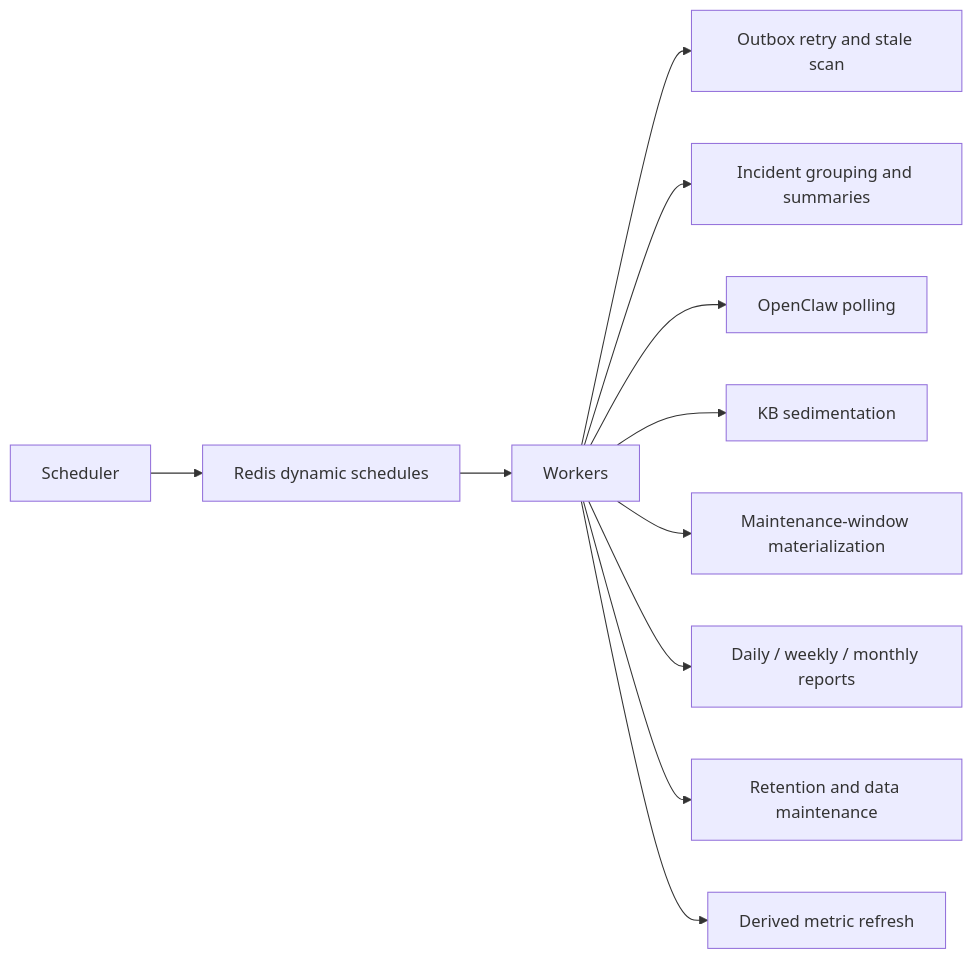
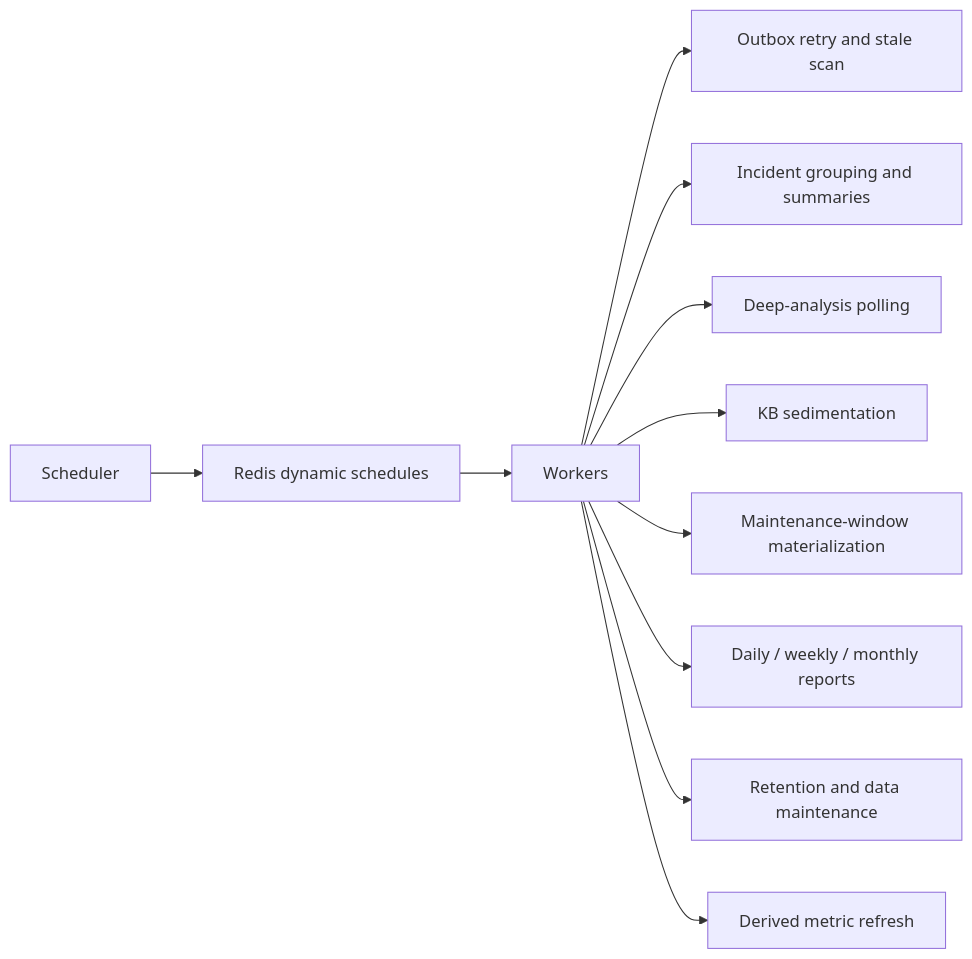
Before and after one commit to itswl/WebhookWise: the fifth of 6 diagrams in docs/architecture/system-overview.md, drawn with Mermaid. The commit also changed other lines of this file and 87 other files, not shown here.

````diff
--- a/docs/architecture/system-overview.md
+++ b/docs/architecture/system-overview.md
@@ -190,16 +190,16 @@
 ```mermaid
 flowchart LR
     scheduler["Scheduler"]
     redis["Redis dynamic schedules"]
     workers["Workers"]
 
     scheduler --> redis --> workers
     workers --> outbox["Outbox retry and stale scan"]
     workers --> grouping["Incident grouping and summaries"]
-    workers --> deep["OpenClaw polling"]
+    workers --> deep["Deep-analysis polling"]
     workers --> knowledge["KB sedimentation"]
     workers --> windows["Maintenance-window materialization"]
     workers --> reports["Daily / weekly / monthly reports"]
     workers --> maintenance["Retention and data maintenance"]
     workers --> metrics["Derived metric refresh"]
 ```
````
